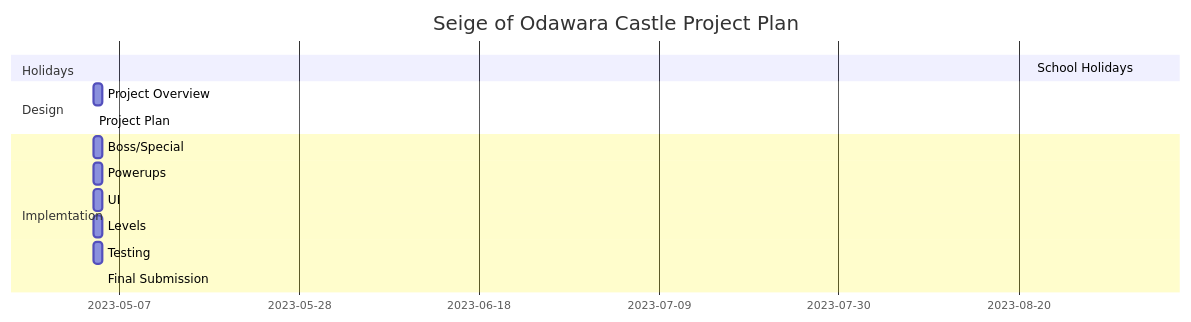
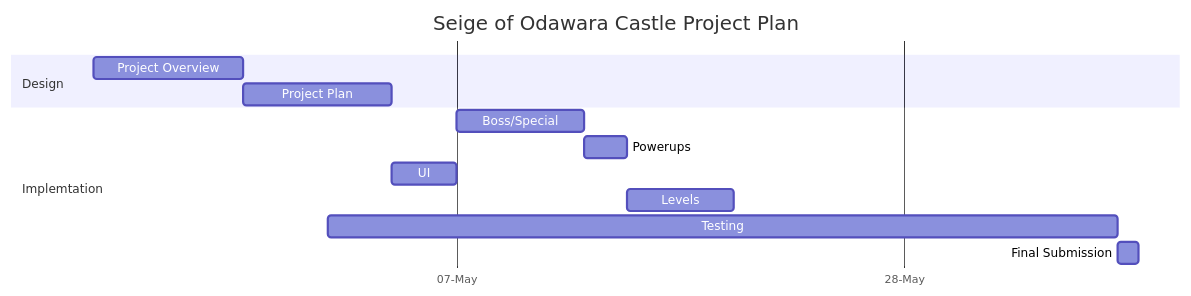
The diagram in design.md (0628222/Space-Invaders), drawn with Mermaid before and after one commit. The commit also changed other lines of this file, not shown here.

````diff
--- a/design.md
+++ b/design.md
@@ -24,22 +24,19 @@
-```mermaid 
+ ``` mermaid 
 gantt
-    title Seige of Odawara Castle Project Plan
-    dateFormat DD-MM-YY
-    dateFormat %d-%B
-    tickInterval 3week
-    
-    section Holidays 
-    School Holidays:09-03-23, 23-04-23
+     title Seige of Odawara Castle Project Plan
+     dateFormat DD-MM-YY
+     axisFormat %d-%B
+     tickInterval 3week
 
-    section Design 
-    Project Overview:05-04-23, 1d
-    Project Plan:05-04-23, 24-04-23
-
-    section Implemtation
-    Boss/Special:05-04-23, 1d
-    Powerups: 05-04-23, 1d
-    UI: 05-04-23, 1d
-    Levels: 05-04-23, 1d
-    Testing: 05-04-23, 1d
-    Final Submission: 07-06-23 1d
+     section Design 
+     Project Overview:20-04-23, 7d
+     Project Plan:27-04-23, 7d
+     
+     section Implemtation
+     Boss/Special:07-05-23, 6d
+     Powerups:13-05-23, 2d
+     UI:04-05-23, 3d
+     Levels:15-05-23, 5d
+     Testing:01-05-23, 07-06-23
+     Final Submission:07-06-23, 1d
 ```
````
